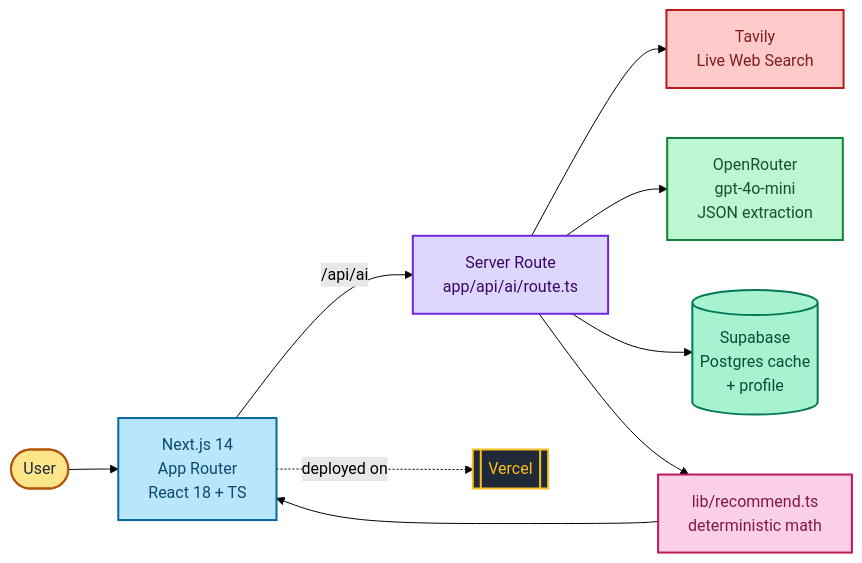
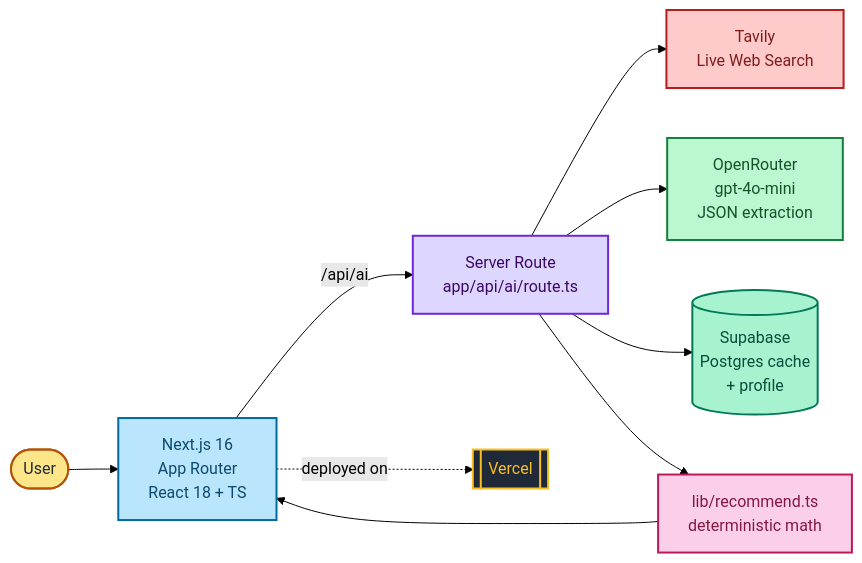
Before and after one commit to gwaghmar/pointspilot: the diagram in README.md, drawn with Mermaid (forest theme). The commit also changed other lines of this file and 16 other files, not shown here.

````diff
--- a/README.md
+++ b/README.md
@@ -16,20 +16,20 @@
 ```mermaid
 flowchart LR
-    User([User]):::user --> Next[Next.js 14<br/>App Router<br/>React 18 + TS]:::frontend
+    User([User]):::user --> Next[Next.js 16<br/>App Router<br/>React 18 + TS]:::frontend
     Next -->|/api/ai| API[Server Route<br/>app/api/ai/route.ts]:::api
     API --> Tavily[Tavily<br/>Live Web Search]:::search
     API --> LLM[OpenRouter<br/>gpt-4o-mini<br/>JSON extraction]:::ai
     API --> Supa[(Supabase<br/>Postgres cache<br/>+ profile)]:::db
     API --> Rec[lib/recommend.ts<br/>deterministic math]:::logic
     Rec --> Next
     Next -.deployed on.-> Vercel[[Vercel]]:::host
 
     classDef user fill:#fde68a,stroke:#b45309,stroke-width:2px,color:#1f2937
     classDef frontend fill:#bae6fd,stroke:#0369a1,stroke-width:2px,color:#0c4a6e
     classDef api fill:#ddd6fe,stroke:#6d28d9,stroke-width:2px,color:#3b0764
     classDef search fill:#fecaca,stroke:#b91c1c,stroke-width:2px,color:#7f1d1d
     classDef ai fill:#bbf7d0,stroke:#15803d,stroke-width:2px,color:#14532d
     classDef db fill:#a7f3d0,stroke:#047857,stroke-width:2px,color:#064e3b
     classDef logic fill:#fbcfe8,stroke:#be185d,stroke-width:2px,color:#831843
     classDef host fill:#1f2937,stroke:#fbbf24,stroke-width:2px,color:#fbbf24
 ```
````
